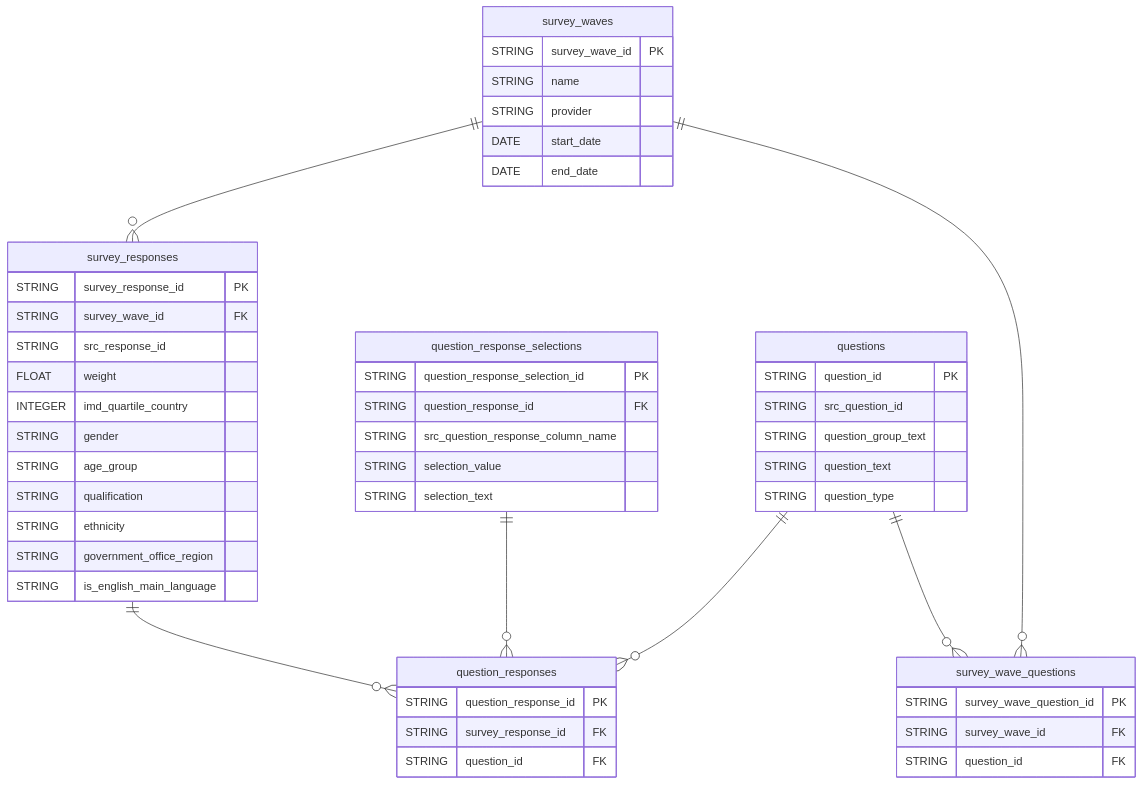
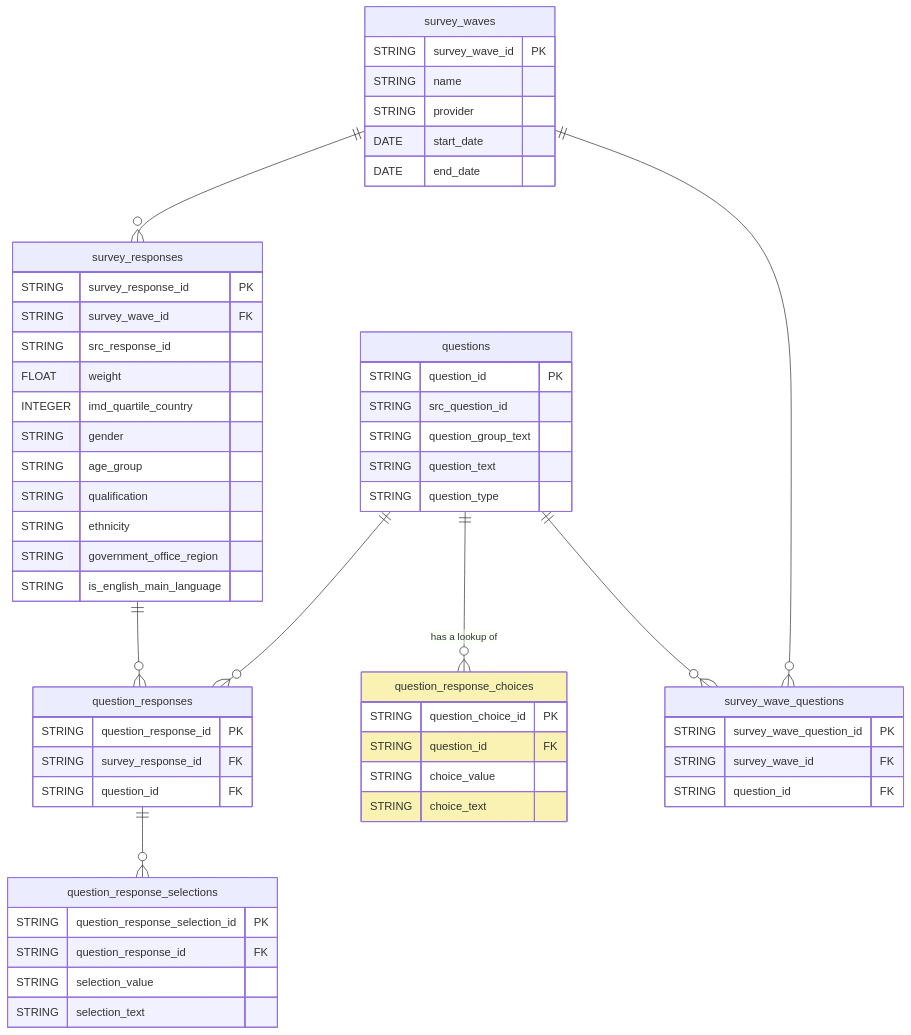
The diagram in README.md (alphagov/govuk-polling-dataform), drawn with Mermaid before and after one commit. The commit also changed 5 other files, not shown here.

Commit message:
rename choices to selections and expose choices lookup

````diff
--- a/README.md
+++ b/README.md
@@ -13,59 +13,69 @@
 ```mermaid
 erDiagram
     survey_waves {
         STRING survey_wave_id PK
         STRING name
         STRING provider
         DATE start_date
         DATE end_date
     }
 
     survey_responses {
         STRING survey_response_id PK
         STRING survey_wave_id FK
         STRING src_response_id
         FLOAT weight
         INTEGER imd_quartile_country
         STRING gender
         STRING age_group
         STRING qualification
         STRING ethnicity
         STRING government_office_region
         STRING is_english_main_language
     }
 
     question_responses {
         STRING question_response_id PK
         STRING survey_response_id FK
         STRING question_id FK
     }
 
     questions {
         STRING question_id PK
         STRING src_question_id
         STRING question_group_text
         STRING question_text
         STRING question_type
     }
 
+    question_response_choices {
+        STRING question_choice_id PK
+        STRING question_id FK
+        STRING choice_value
+        STRING choice_text
+    }
+
     question_response_selections {
         STRING question_response_selection_id PK
         STRING question_response_id FK
-        STRING src_question_response_column_name
         STRING selection_value
         STRING selection_text
     }
 
     survey_wave_questions {
         STRING survey_wave_question_id PK
         STRING survey_wave_id FK
         STRING question_id FK
     }
 
     survey_waves ||--o{ survey_responses : ""
     survey_responses ||--o{ question_responses : ""
-    question_response_selections ||--o{ question_responses : ""
+    question_responses ||--o{ question_response_selections : ""
     questions ||--o{ question_responses : ""
     questions ||--o{ survey_wave_questions : ""
     survey_waves ||--o{ survey_wave_questions : ""
+    questions ||--o{ question_response_choices : "has a lookup of"
+
+    %% Styling for the question_response_choices table
+    style question_response_choices fill:#F9F2B2
 ```
````
